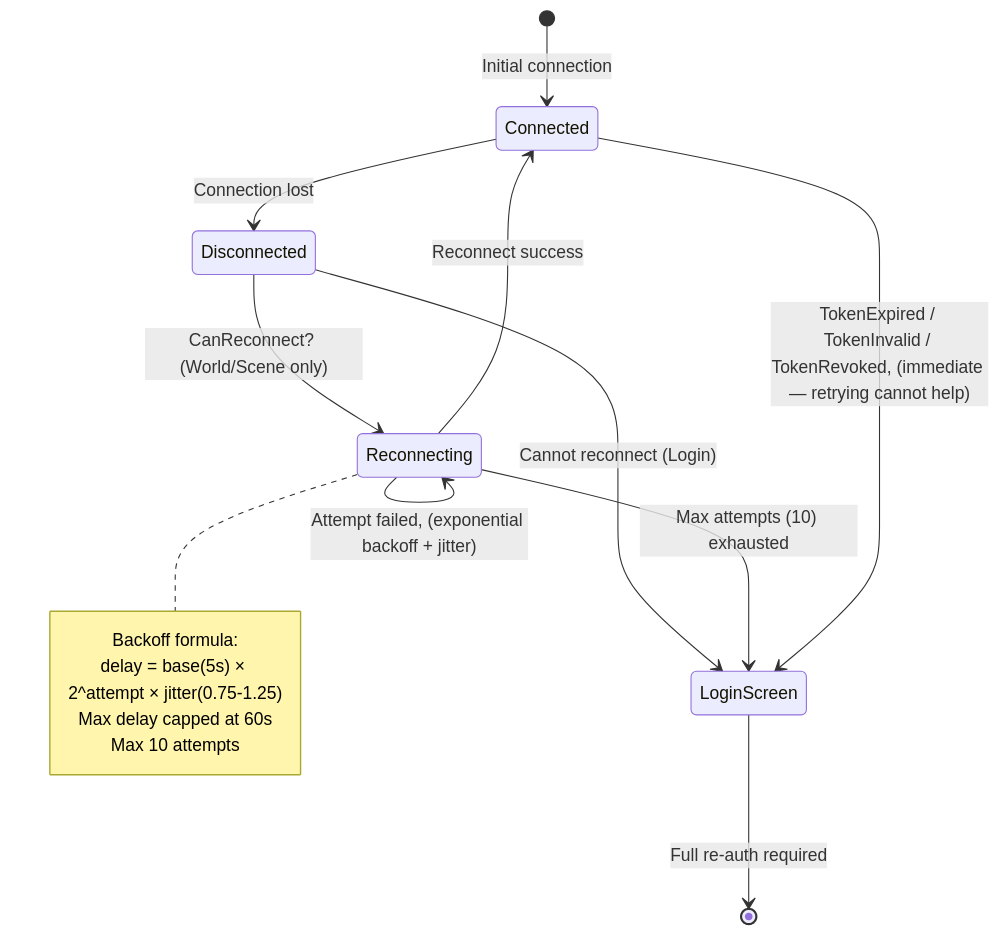
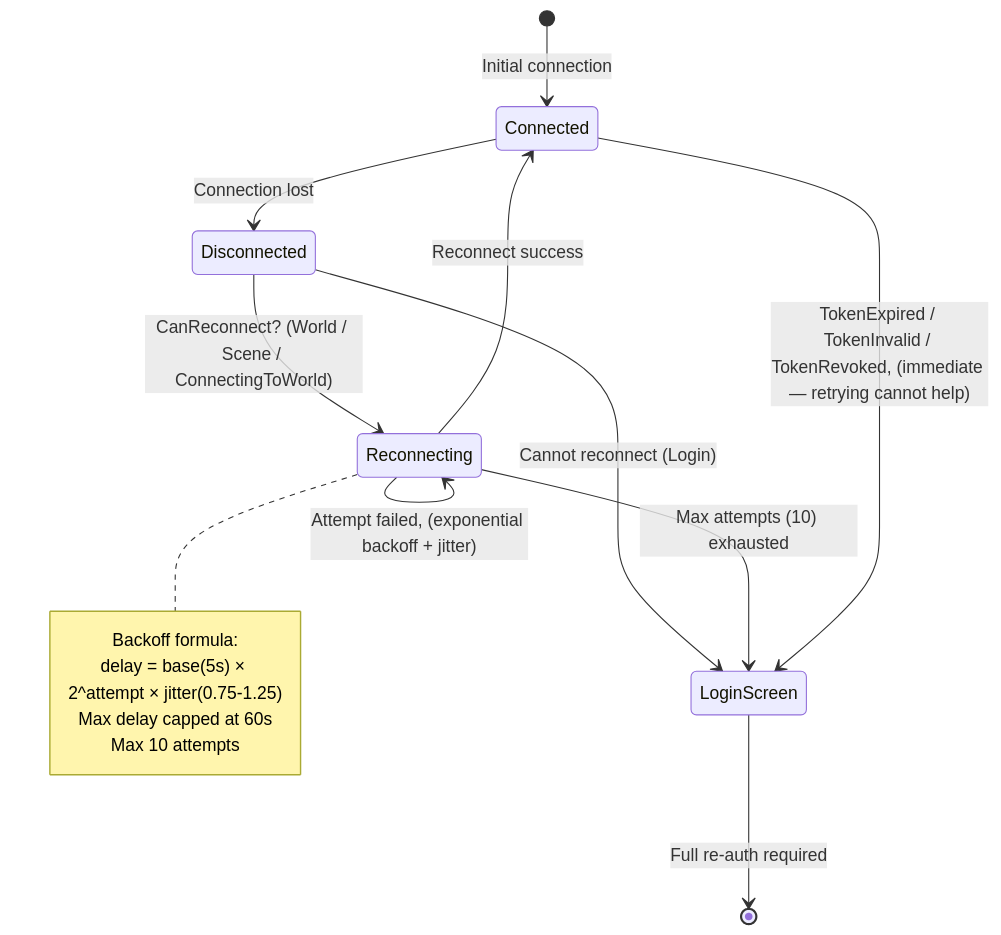
One commit to jimdroberts/FishMMO changed diagram 12 of 12 in CONNECTION_PIPELINE.md. Above: the diagram before and after it, drawn with Mermaid. The commit also changed other lines of this file and 42 other files, not shown here.

````diff
--- a/CONNECTION_PIPELINE.md
+++ b/CONNECTION_PIPELINE.md
@@ -851,19 +851,19 @@
 ```mermaid
 stateDiagram-v2
     [*] --> Connected: Initial connection
     Connected --> Disconnected: Connection lost
-    Disconnected --> Reconnecting: CanReconnect? (World/Scene only)
+    Disconnected --> Reconnecting: CanReconnect? (World / Scene / ConnectingToWorld)
     Disconnected --> LoginScreen: Cannot reconnect (Login)
     Reconnecting --> Connected: Reconnect success
     Reconnecting --> Reconnecting: Attempt failed, (exponential backoff + jitter)
     Reconnecting --> LoginScreen: Max attempts (10) exhausted
     Connected --> LoginScreen: TokenExpired / TokenInvalid / TokenRevoked, (immediate — retrying cannot help)
     LoginScreen --> [*]: Full re-auth required
 
     note right of Reconnecting
         Backoff formula:
         delay = base(5s) × 2^attempt × jitter(0.75-1.25)
         Max delay capped at 60s
         Max 10 attempts
     end note
 ```
````
